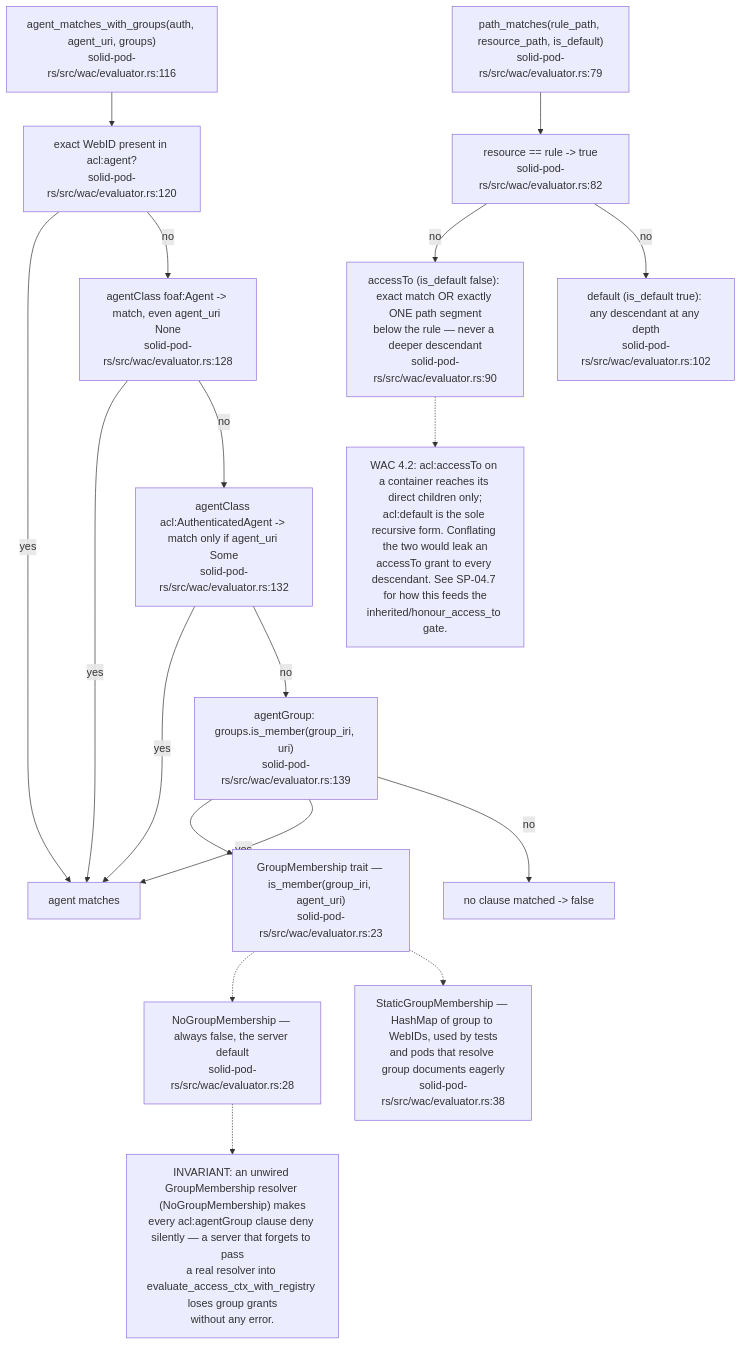
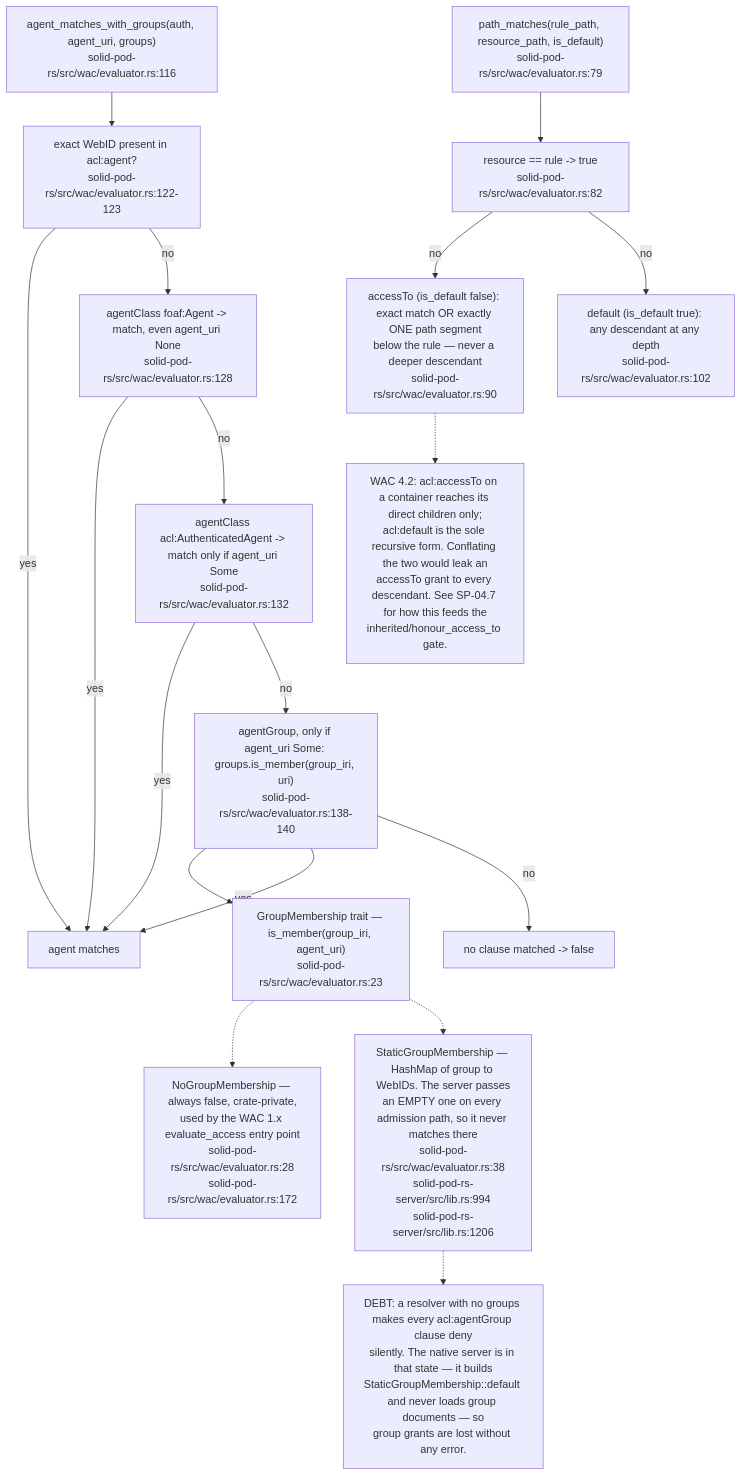
One commit to DreamLab-AI/VisionFlow changed diagram 13 of 13 in docs/diagrams/solid-pod-rs/04-wac-authorisation.md. Above: the diagram before and after it, drawn with Mermaid. The commit also changed other lines of this file and 47 other files, not shown here.

````diff
--- a/docs/diagrams/solid-pod-rs/04-wac-authorisation.md
+++ b/docs/diagrams/solid-pod-rs/04-wac-authorisation.md
@@ -397,39 +424,39 @@
 ```mermaid
 flowchart TD
     AM["agent_matches_with_groups(auth, agent_uri, groups)<br/>solid-pod-rs/src/wac/evaluator.rs:116"]
-    WEBID["exact WebID present in acl:agent?<br/>solid-pod-rs/src/wac/evaluator.rs:120"]
+    WEBID["exact WebID present in acl:agent?<br/>solid-pod-rs/src/wac/evaluator.rs:122-123"]
     FOAF["agentClass foaf:Agent -> match, even agent_uri None<br/>solid-pod-rs/src/wac/evaluator.rs:128"]
     AUTHC["agentClass acl:AuthenticatedAgent -> match only if agent_uri Some<br/>solid-pod-rs/src/wac/evaluator.rs:132"]
-    GRP["agentGroup: groups.is_member(group_iri, uri)<br/>solid-pod-rs/src/wac/evaluator.rs:139"]
+    GRP["agentGroup, only if agent_uri Some: groups.is_member(group_iri, uri)<br/>solid-pod-rs/src/wac/evaluator.rs:138-140"]
     NM["no clause matched -> false"]
     TRAIT["GroupMembership trait — is_member(group_iri, agent_uri)<br/>solid-pod-rs/src/wac/evaluator.rs:23"]
-    NOOP["NoGroupMembership — always false, the server default<br/>solid-pod-rs/src/wac/evaluator.rs:28"]
-    STATIC["StaticGroupMembership — HashMap of group to WebIDs, used by tests<br/>and pods that resolve group documents eagerly<br/>solid-pod-rs/src/wac/evaluator.rs:38"]
+    NOOP["NoGroupMembership — always false, crate-private,<br/>used by the WAC 1.x evaluate_access entry point<br/>solid-pod-rs/src/wac/evaluator.rs:28<br/>solid-pod-rs/src/wac/evaluator.rs:172"]
+    STATIC["StaticGroupMembership — HashMap of group to WebIDs. The server passes<br/>an EMPTY one on every admission path, so it never matches there<br/>solid-pod-rs/src/wac/evaluator.rs:38<br/>solid-pod-rs-server/src/lib.rs:994<br/>solid-pod-rs-server/src/lib.rs:1206"]
 
     AM --> WEBID
     WEBID -- yes --> GRANT["agent matches"]
     WEBID -- no --> FOAF
     FOAF -- yes --> GRANT
     FOAF -- no --> AUTHC
     AUTHC -- yes --> GRANT
     AUTHC -- no --> GRP
     GRP --> TRAIT
     TRAIT -.-> NOOP
     TRAIT -.-> STATIC
     GRP -- yes --> GRANT
     GRP -- no --> NM
 
     PM["path_matches(rule_path, resource_path, is_default)<br/>solid-pod-rs/src/wac/evaluator.rs:79"]
     EXACT["resource == rule -> true<br/>solid-pod-rs/src/wac/evaluator.rs:82"]
     ACCTO["accessTo (is_default false): exact match OR exactly ONE path segment<br/>below the rule — never a deeper descendant<br/>solid-pod-rs/src/wac/evaluator.rs:90"]
     DFLT["default (is_default true): any descendant at any depth<br/>solid-pod-rs/src/wac/evaluator.rs:102"]
 
     PM --> EXACT
     EXACT -- no --> ACCTO
     EXACT -- no --> DFLT
 
-    N1["INVARIANT: an unwired GroupMembership resolver (NoGroupMembership) makes<br/>every acl:agentGroup clause deny silently — a server that forgets to pass<br/>a real resolver into evaluate_access_ctx_with_registry loses group grants<br/>without any error."]
-    NOOP -.-> N1
+    N1["DEBT: a resolver with no groups makes every acl:agentGroup clause deny<br/>silently. The native server is in that state — it builds<br/>StaticGroupMembership::default and never loads group documents — so<br/>group grants are lost without any error."]
+    STATIC -.-> N1
     N2["WAC 4.2: acl:accessTo on a container reaches its direct children only;<br/>acl:default is the sole recursive form. Conflating the two would leak an<br/>accessTo grant to every descendant. See SP-04.7 for how this feeds the<br/>inherited/honour_access_to gate."]
     ACCTO -.-> N2
 ```
````
